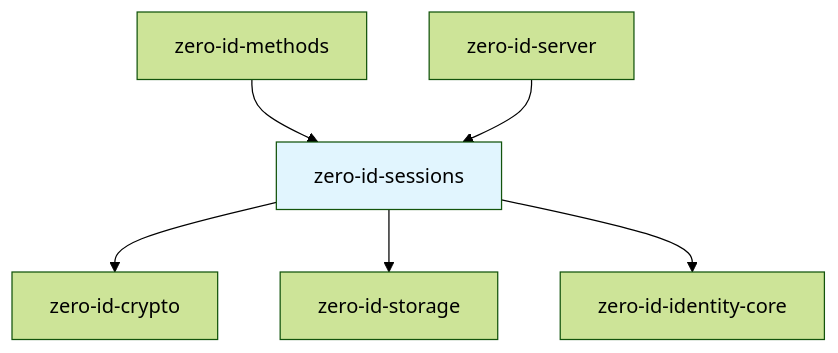
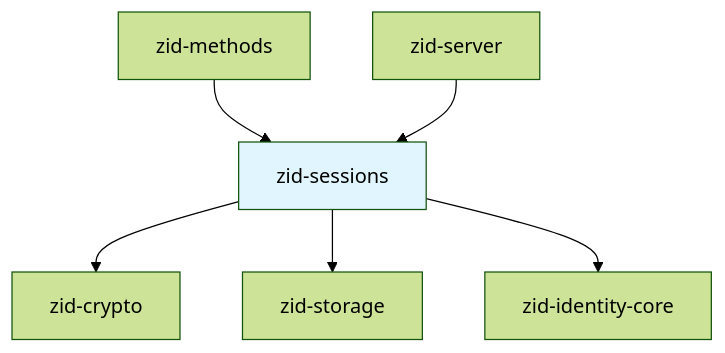
Before and after one commit to cypher-asi/zero-auth: the first of 8 diagrams in docs/spec/v0.1/06-sessions.md, drawn with Mermaid (forest theme). The commit also changed other lines of this file and 240 other files, not shown here.

Commit message:
refactor: shorten crate names from zero-id-* to zid-* prefix

````diff
--- a/docs/spec/v0.1/06-sessions.md
+++ b/docs/spec/v0.1/06-sessions.md
@@ -27,16 +27,16 @@
 ```mermaid
 graph TD
-    CRYPTO[zero-id-crypto]
-    STORAGE[zero-id-storage]
-    IDENTITY[zero-id-identity-core]
-    SESSIONS[zero-id-sessions]
+    CRYPTO[zid-crypto]
+    STORAGE[zid-storage]
+    IDENTITY[zid-identity-core]
+    SESSIONS[zid-sessions]
     
     SESSIONS --> CRYPTO
     SESSIONS --> STORAGE
     SESSIONS --> IDENTITY
     
-    METHODS[zero-id-methods] --> SESSIONS
-    SERVER[zero-id-server] --> SESSIONS
+    METHODS[zid-methods] --> SESSIONS
+    SERVER[zid-server] --> SESSIONS
     
     style SESSIONS fill:#e1f5fe
 ```
````
